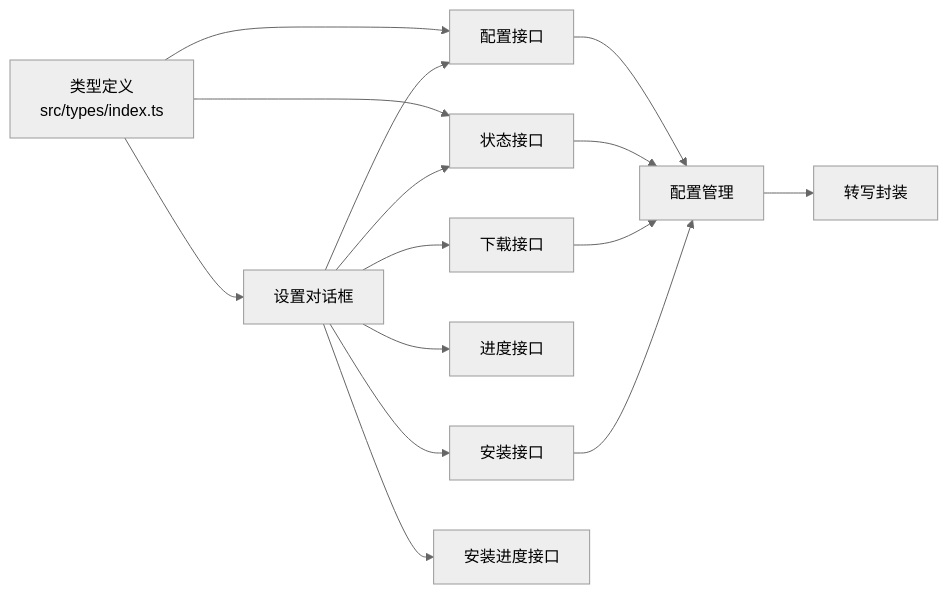
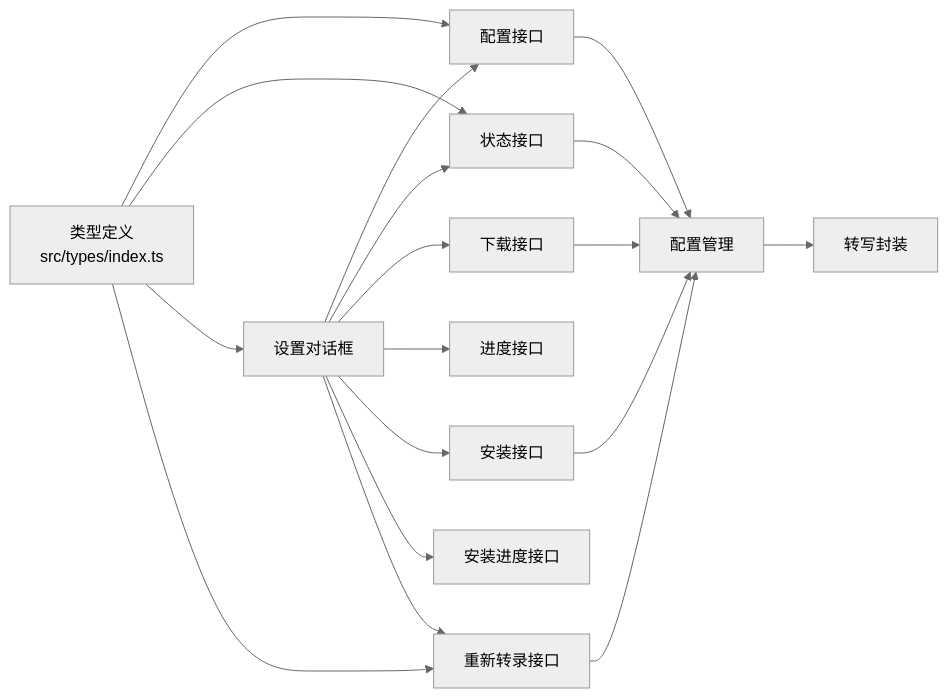
Before and after one commit to clawbotai/memo-flow: diagram 11 of 11 in .qoder/repowiki/zh/content/核心功能模块/Whisper 配置管理.md, drawn with Mermaid (neutral theme). The commit also changed other lines of this file and 12 other files, not shown here.

````diff
--- a/.qoder/repowiki/zh/content/核心功能模块/Whisper 配置管理.md
+++ b/.qoder/repowiki/zh/content/核心功能模块/Whisper 配置管理.md
@@ -416,17 +480,20 @@
 ```mermaid
 graph LR
 Types["类型定义<br/>src/types/index.ts"] --> ConfigAPI["配置接口"]
 Types --> StatusAPI["状态接口"]
 Types --> Settings["设置对话框"]
+Types --> RetranscribeAPI["重新转录接口"]
 ConfigAPI --> ConfigLib["配置管理"]
 StatusAPI --> ConfigLib
 Settings --> ConfigAPI
 Settings --> StatusAPI
 Settings --> DownloadAPI["下载接口"]
 Settings --> ProgressAPI["进度接口"]
 Settings --> InstallAPI["安装接口"]
 Settings --> InstallProgressAPI["安装进度接口"]
+Settings --> RetranscribeAPI
 ConfigLib --> WhisperLib["转写封装"]
 DownloadAPI --> ConfigLib
 InstallAPI --> ConfigLib
+RetranscribeAPI --> ConfigLib
 ```
````
